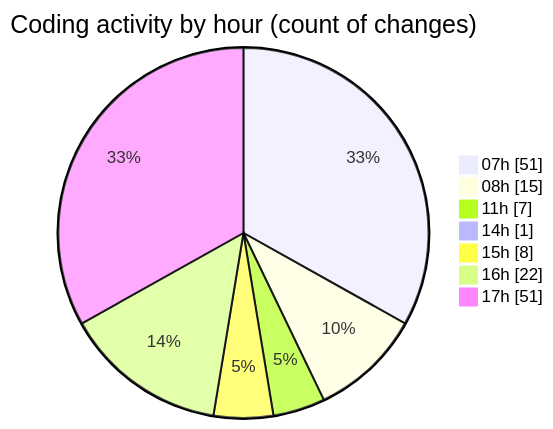
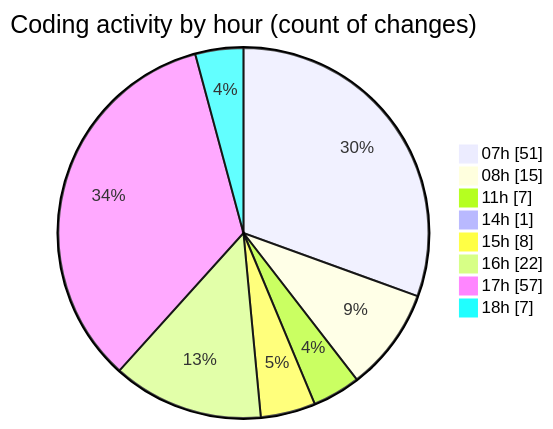
Before and after one commit to robertbonfada/code-tracking: the second of 2 diagrams in 2025-01-17/mbc-web/README.md, drawn with Mermaid. The commit also changed other lines of this file and 2 other files, not shown here.

````diff
--- a/2025-01-17/mbc-web/README.md
+++ b/2025-01-17/mbc-web/README.md
@@ -52,11 +55,12 @@
 ```mermaid
 pie showData
 title Coding activity by hour (count of changes)
 "07h" : 51
 "08h" : 15
 "11h" : 7
 "14h" : 1
 "15h" : 8
 "16h" : 22
-"17h" : 51
+"17h" : 57
+"18h" : 7
 ```
````
